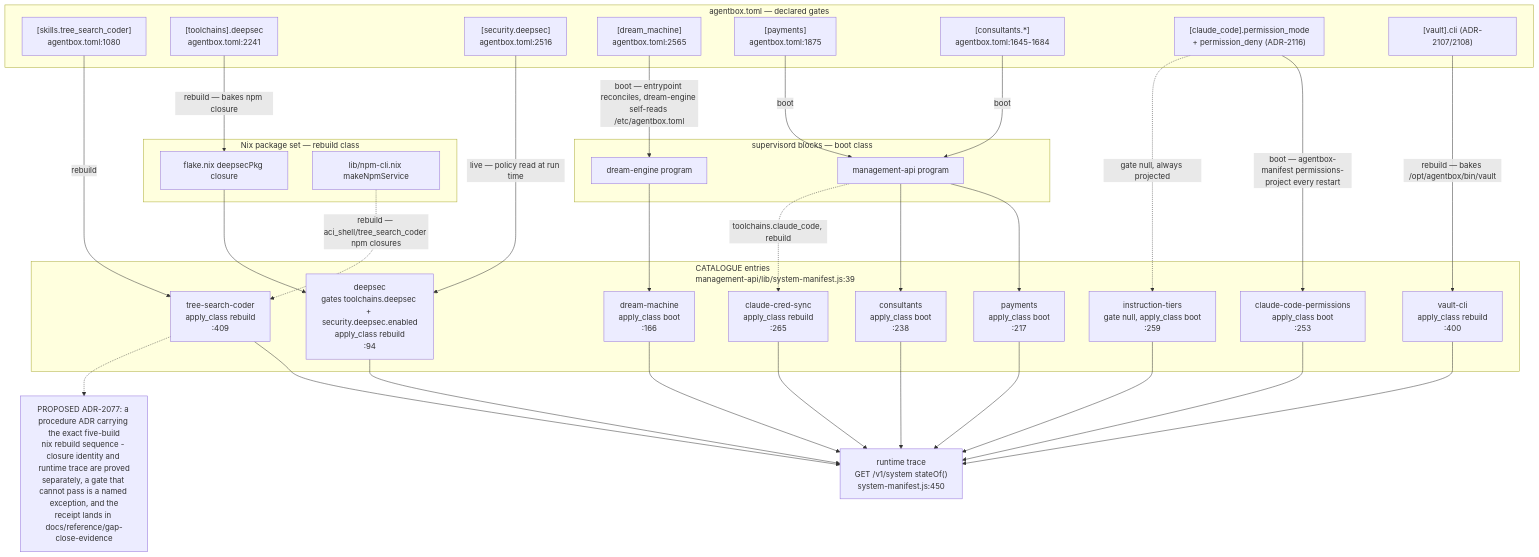
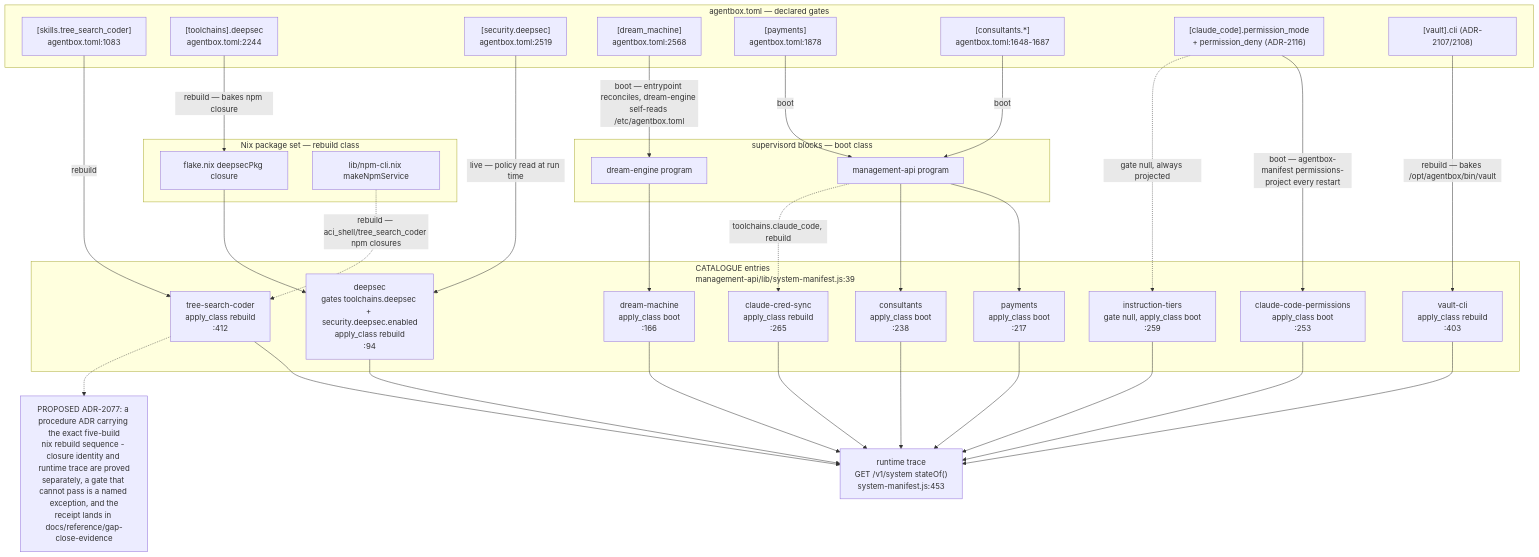
One commit to DreamLab-AI/VisionFlow changed the first of 15 diagrams in docs/diagrams/agentbox/15-capability-gating-spend-consultants.md. Above: the diagram before and after it, drawn with Mermaid. The commit also changed other lines of this file and 142 other files, not shown here.

First line of the commit message:
docs(diagrams): one System One route; re-verify 140 topics at today's heads

````diff
--- a/docs/diagrams/agentbox/15-capability-gating-spend-consultants.md
+++ b/docs/diagrams/agentbox/15-capability-gating-spend-consultants.md
@@ -57,61 +57,61 @@
 ```mermaid
 flowchart TD
     subgraph M["agentbox.toml — declared gates"]
-        M1["[skills.tree_search_coder]<br/>agentbox.toml:1080"]
-        M2["[toolchains].deepsec<br/>agentbox.toml:2241"]
-        M3["[security.deepsec]<br/>agentbox.toml:2516"]
-        M4["[dream_machine]<br/>agentbox.toml:2565"]
-        M5["[payments]<br/>agentbox.toml:1875"]
-        M6["[consultants.*]<br/>agentbox.toml:1645-1684"]
+        M1["[skills.tree_search_coder]<br/>agentbox.toml:1083"]
+        M2["[toolchains].deepsec<br/>agentbox.toml:2244"]
+        M3["[security.deepsec]<br/>agentbox.toml:2519"]
+        M4["[dream_machine]<br/>agentbox.toml:2568"]
+        M5["[payments]<br/>agentbox.toml:1878"]
+        M6["[consultants.*]<br/>agentbox.toml:1648-1687"]
         M7["[claude_code].permission_mode<br/>+ permission_deny (ADR-2116)"]
         M8["[vault].cli (ADR-2107/2108)"]
     end
     subgraph N["Nix package set — rebuild class"]
         N1["flake.nix deepsecPkg closure"]
         N2["lib/npm-cli.nix makeNpmService"]
     end
     subgraph S["supervisord blocks — boot class"]
         S1["dream-engine program"]
         S2["management-api program"]
     end
     subgraph C["CATALOGUE entries<br/>management-api/lib/system-manifest.js:39"]
-        C1["tree-search-coder<br/>apply_class rebuild<br/>:409"]
+        C1["tree-search-coder<br/>apply_class rebuild<br/>:412"]
         C2["deepsec<br/>gates toolchains.deepsec + security.deepsec.enabled<br/>apply_class rebuild<br/>:94"]
         C3["dream-machine<br/>apply_class boot<br/>:166"]
         C4["payments<br/>apply_class boot<br/>:217"]
         C5["consultants<br/>apply_class boot<br/>:238"]
         C6["claude-code-permissions<br/>apply_class boot<br/>:253"]
         C7["instruction-tiers<br/>gate null, apply_class boot<br/>:259"]
         C8["claude-cred-sync<br/>apply_class rebuild<br/>:265"]
-        C9["vault-cli<br/>apply_class rebuild<br/>:400"]
+        C9["vault-cli<br/>apply_class rebuild<br/>:403"]
     end
-    R["runtime trace<br/>GET /v1/system stateOf()<br/>system-manifest.js:450"]
+    R["runtime trace<br/>GET /v1/system stateOf()<br/>system-manifest.js:453"]
 
     M1 -->|"rebuild"| C1
     M2 -->|"rebuild — bakes npm closure"| N1
     N1 --> C2
     M3 -->|"live — policy read at run time"| C2
     M4 -->|"boot — entrypoint reconciles, dream-engine self-reads /etc/agentbox.toml"| S1
     S1 --> C3
     M5 -->|"boot"| S2
     S2 --> C4
     M6 -->|"boot"| S2
     S2 --> C5
     M7 -->|"boot — agentbox-manifest permissions-project every restart"| C6
     M7 -.->|"gate null, always projected"| C7
     M8 -->|"rebuild — bakes /opt/agentbox/bin/vault"| C9
     S2 -.->|"toolchains.claude_code, rebuild"| C8
     C1 --> R
     C2 --> R
     C3 --> R
     C4 --> R
     C5 --> R
     C6 --> R
     C7 --> R
     C8 --> R
     C9 --> R
     N2 -.->|"rebuild — aci_shell/tree_search_coder npm closures"| C1
 
     note1["PROPOSED ADR-2077: a procedure ADR carrying the exact five-build<br/>nix rebuild sequence - closure identity and runtime trace are proved<br/>separately, a gate that cannot pass is a named exception, and the<br/>receipt lands in docs/reference/gap-close-evidence"]
     C1 -.-> note1
 ```
````
